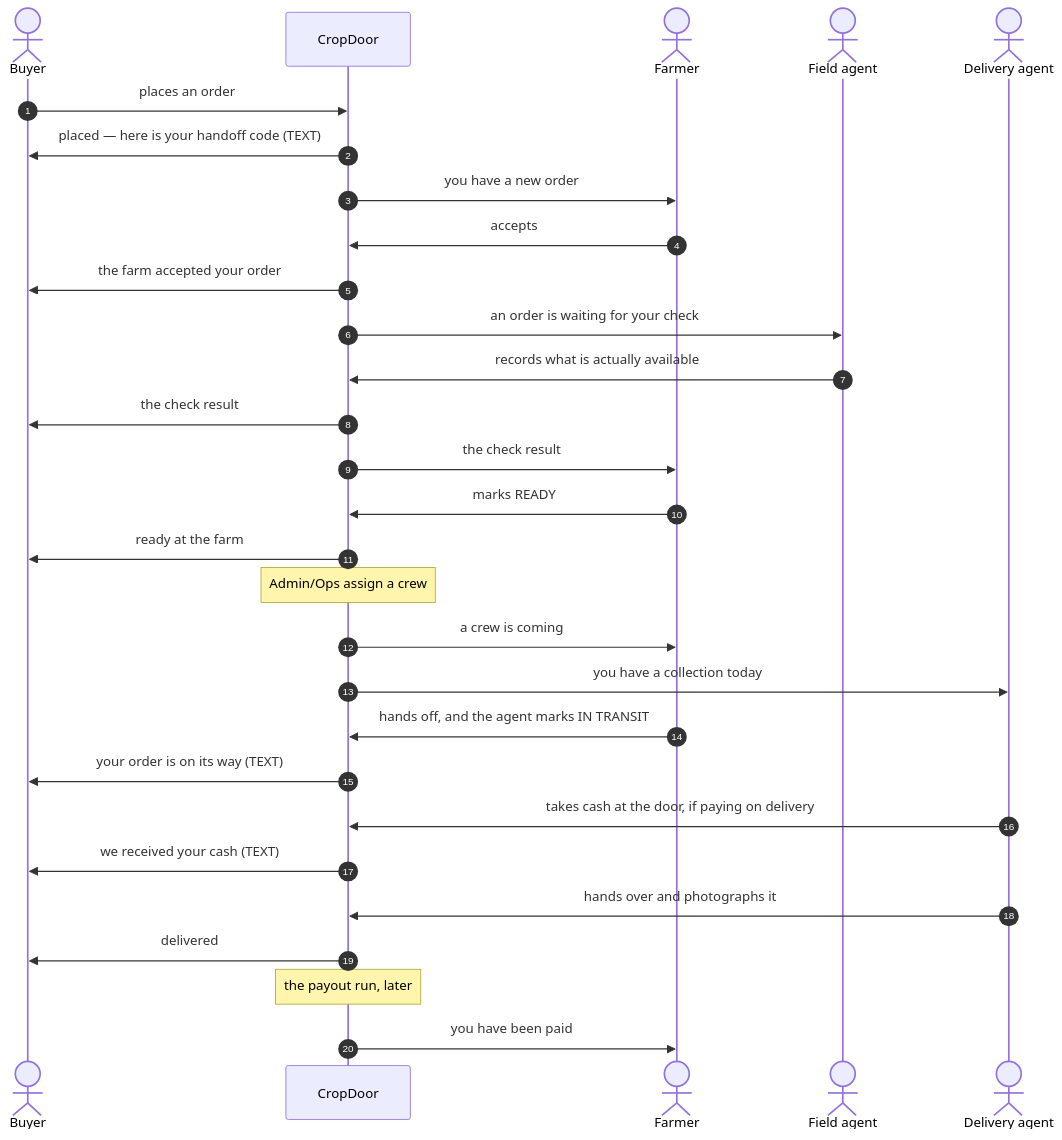
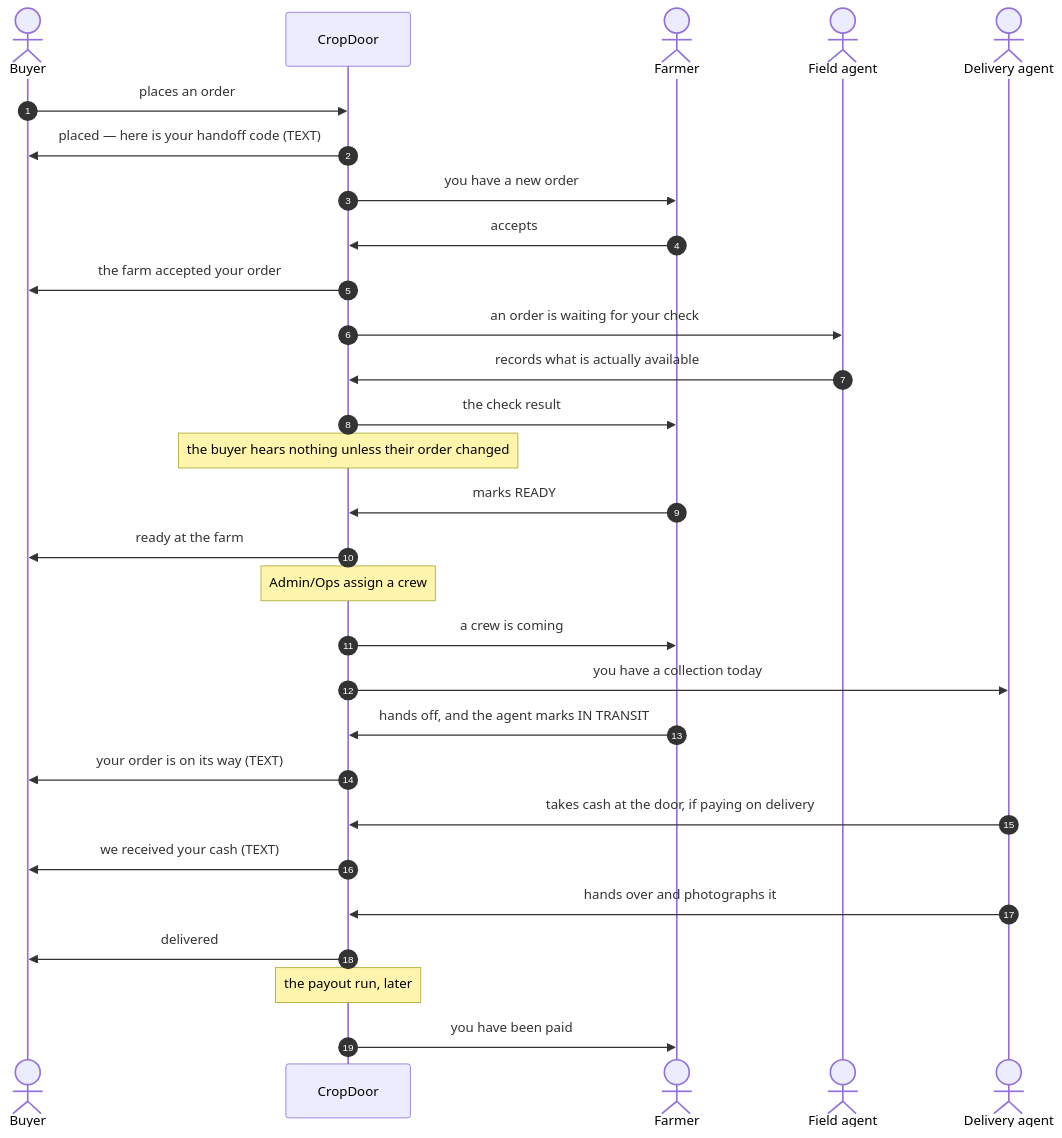
One commit to cropdoor/cropdoor-almanac changed the first of 2 diagrams in docs/domain/order-delivery-notifications.md. Above: the diagram before and after it, drawn with Mermaid. The commit also changed other lines of this file and 3 other files, not shown here.

````diff
--- a/docs/domain/order-delivery-notifications.md
+++ b/docs/domain/order-delivery-notifications.md
@@ -24,32 +24,32 @@
 ```mermaid
 sequenceDiagram
     autonumber
     actor B as Buyer
     participant CD as CropDoor
     actor F as Farmer
     actor FA as Field agent
     actor DA as Delivery agent
 
     B->>CD: places an order
     CD->>B: placed — here is your handoff code (TEXT)
     CD->>F: you have a new order
     F->>CD: accepts
     CD->>B: the farm accepted your order
     CD->>FA: an order is waiting for your check
     FA->>CD: records what is actually available
-    CD->>B: the check result
     CD->>F: the check result
+    Note over CD: the buyer hears nothing unless their order changed
     F->>CD: marks READY
     CD->>B: ready at the farm
     Note over CD: Admin/Ops assign a crew
     CD->>F: a crew is coming
     CD->>DA: you have a collection today
     F->>CD: hands off, and the agent marks IN TRANSIT
     CD->>B: your order is on its way (TEXT)
     DA->>CD: takes cash at the door, if paying on delivery
     CD->>B: we received your cash (TEXT)
     DA->>CD: hands over and photographs it
     CD->>B: delivered
     Note over CD: the payout run, later
     CD->>F: you have been paid
 ```
````
